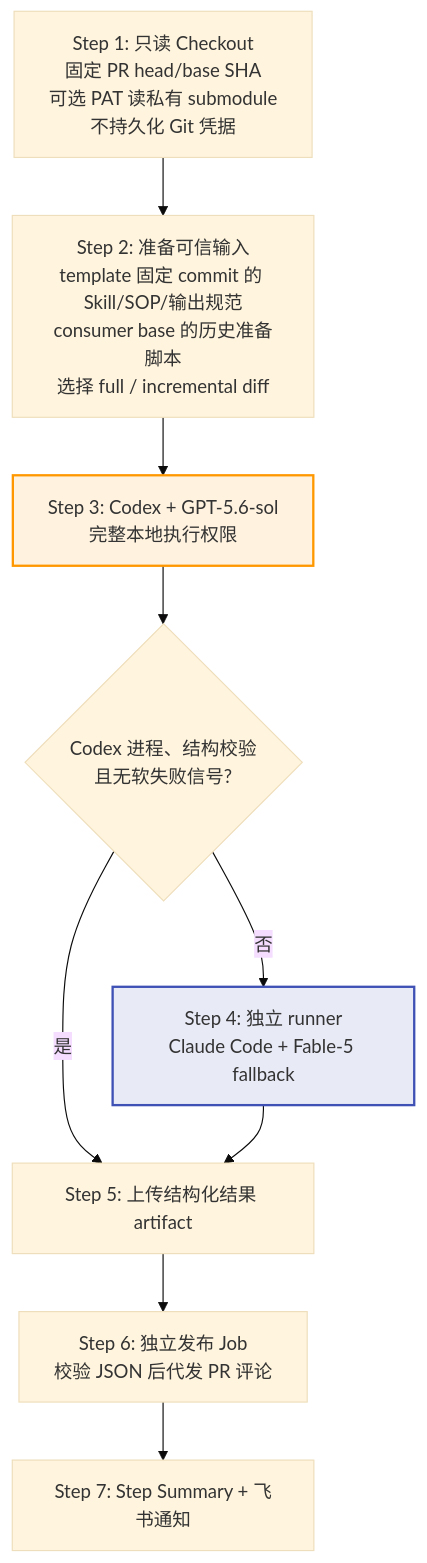
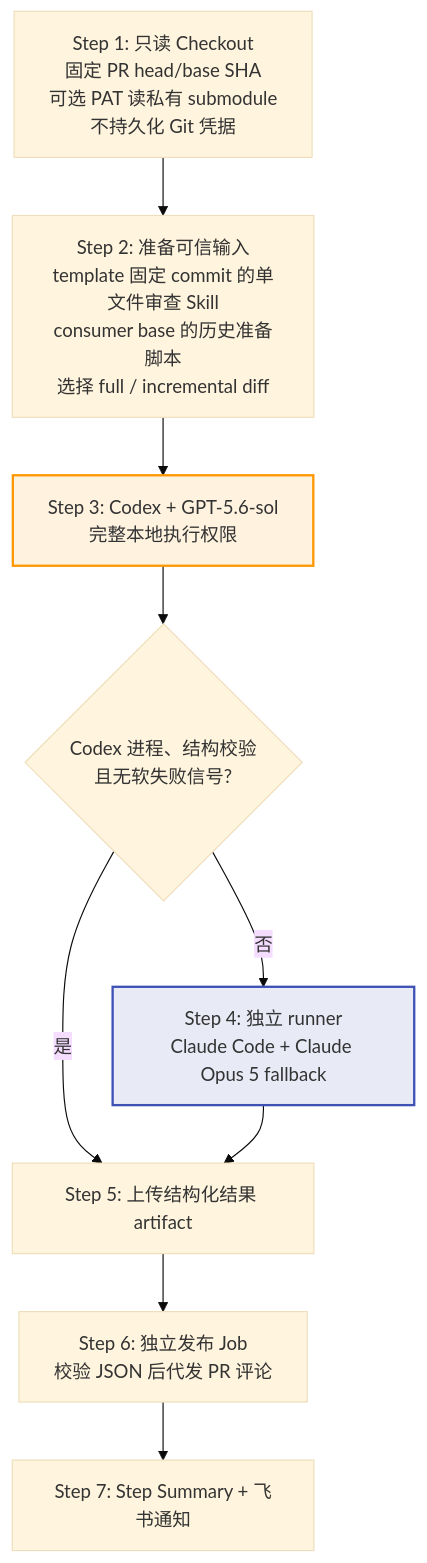
The fourth of 13 diagrams in docs/code-review-design.md (Lightspeed-Intelligence/agentic-workflow-template), drawn with Mermaid (base theme) before and after one commit. The commit also changed other lines of this file and 13 other files, not shown here.

Commit message:
fix(workflows): standardize Claude fallback on Opus 5

````diff
--- a/docs/code-review-design.md
+++ b/docs/code-review-design.md
@@ -126,19 +126,19 @@
 ```mermaid
 flowchart TD
     A["Step 1: 只读 Checkout<br/>固定 PR head/base SHA<br/>可选 PAT 读私有 submodule<br/>不持久化 Git 凭据"]
-    B["Step 2: 准备可信输入<br/>template 固定 commit 的 Skill/SOP/输出规范<br/>consumer base 的历史准备脚本<br/>选择 full / incremental diff"]
+    B["Step 2: 准备可信输入<br/>template 固定 commit 的单文件审查 Skill<br/>consumer base 的历史准备脚本<br/>选择 full / incremental diff"]
     C["Step 3: Codex + GPT-5.6-sol<br/>完整本地执行权限"]
     D{"Codex 进程、结构校验<br/>且无软失败信号?"}
-    E["Step 4: 独立 runner<br/>Claude Code + Fable-5 fallback"]
+    E["Step 4: 独立 runner<br/>Claude Code + Claude Opus 5 fallback"]
     F["Step 5: 上传结构化结果 artifact"]
     G["Step 6: 独立发布 Job<br/>校验 JSON 后代发 PR 评论"]
     H["Step 7: Step Summary + 飞书通知"]
 
     A --> B --> C --> D
     D -->|是| F
     D -->|否| E --> F
     F --> G --> H
 
     style C fill:#fff3e0,stroke:#FF9800,stroke-width:2px
     style E fill:#e8eaf6,stroke:#3F51B5,stroke-width:2px
 ```
````
